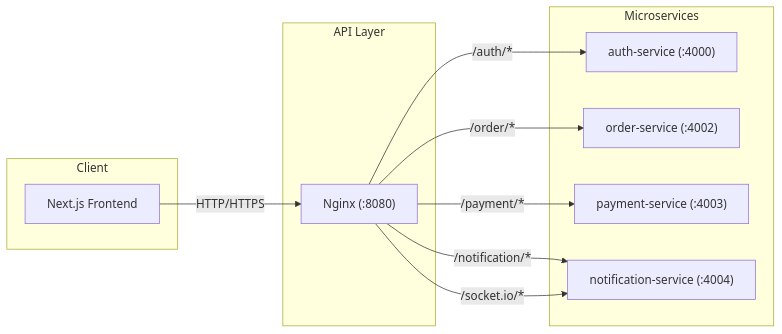
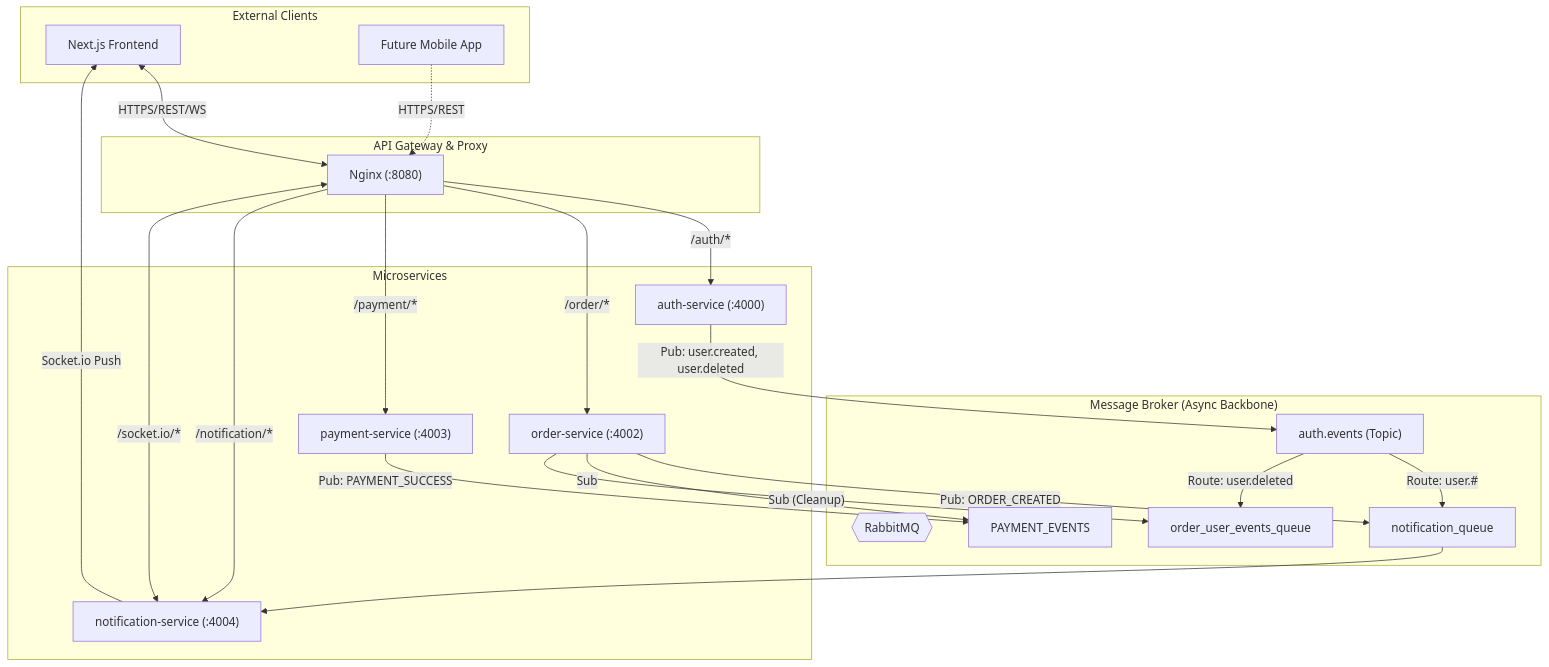
The first of 21 diagrams in profile/README.md (Food-Delivery-Aggregator/.github), drawn with Mermaid before and after one commit. The commit also changed other lines of this file, not shown here.

````diff
--- a/profile/README.md
+++ b/profile/README.md
@@ -113,24 +113,52 @@
 ```mermaid
-flowchart LR
-    subgraph "Client"
-        F[Next.js Frontend]
+flowchart TD
+    subgraph "External Clients"
+        FE[Next.js Frontend]
+        MOBILE[Future Mobile App]
     end
 
-    subgraph "API Layer"
-        N["Nginx (:8080)"]
+    subgraph "API Gateway & Proxy"
+        NGX["Nginx (:8080)"]
+    end
+
+    subgraph "Message Broker (Async Backbone)"
+        RMQ{{"RabbitMQ"}}
+        EX_AUTH["auth.events (Topic)"]
+        Q_NOTIF["notification_queue"]
+        Q_PAY["PAYMENT_EVENTS"]
+        Q_ORDER_USER["order_user_events_queue"]
     end
 
     subgraph "Microservices"
         AUTH["auth-service (:4000)"]
         ORDER["order-service (:4002)"]
         PAY["payment-service (:4003)"]
         NOTIFY["notification-service (:4004)"]
     end
 
-    F -->|"HTTP/HTTPS"| N
-    N -->|"/auth/*"| AUTH
-    N -->|"/order/*"| ORDER
-    N -->|"/payment/*"| PAY
-    N -->|"/notification/*"| NOTIFY
-    N -->|"/socket.io/*"| NOTIFY
+    %% Synchronous Flows (HTTP/WS)
+    FE <-->|HTTPS/REST/WS| NGX
+    MOBILE -.->|HTTPS/REST| NGX
+    
+    NGX -->|/auth/*| AUTH
+    NGX -->|/order/*| ORDER
+    NGX -->|/payment/*| PAY
+    NGX -->|/notification/*| NOTIFY
+    NGX <-->|/socket.io/*| NOTIFY
+
+    %% Asynchronous Flows (RabbitMQ)
+    AUTH --"Pub: user.created, user.deleted"--> EX_AUTH
+    EX_AUTH --"Route: user.#"--> Q_NOTIF
+    EX_AUTH --"Route: user.deleted"--> Q_ORDER_USER
+    
+    ORDER --"Pub: ORDER_CREATED"--> Q_NOTIF
+    ORDER --"Sub"--> Q_PAY
+    ORDER --"Sub (Cleanup)"--> Q_ORDER_USER
+
+    PAY --"Pub: PAYMENT_SUCCESS"--> Q_PAY
+    
+    Q_NOTIF --> NOTIFY
+    
+    %% Real-time Push
+    NOTIFY --"Socket.io Push"--> FE
 ```
````
